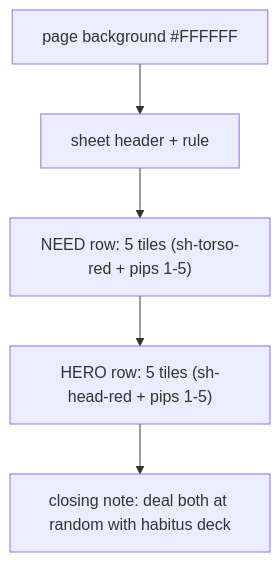
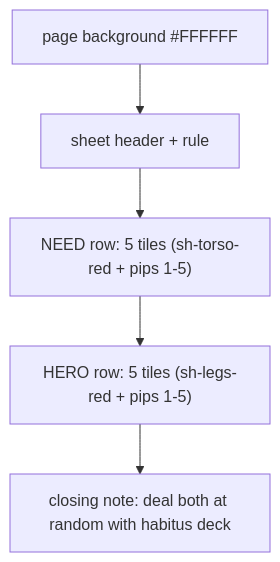
The seventh of 8 diagrams in components/specs/cards.md (Hegerstrand/seven-weeks), drawn with Mermaid before and after one commit. The commit also changed other lines of this file and 27 other files, not shown here.

````diff
--- a/components/specs/cards.md
+++ b/components/specs/cards.md
@@ -645,7 +706,7 @@
 ```mermaid
 graph TD
   A["page background #FFFFFF"] --> B["sheet header + rule"]
   B --> C["NEED row: 5 tiles (sh-torso-red + pips 1-5)"]
-  C --> D["HERO row: 5 tiles (sh-head-red + pips 1-5)"]
+  C --> D["HERO row: 5 tiles (sh-legs-red + pips 1-5)"]
   D --> E["closing note: deal both at random with habitus deck"]
 ```
````
